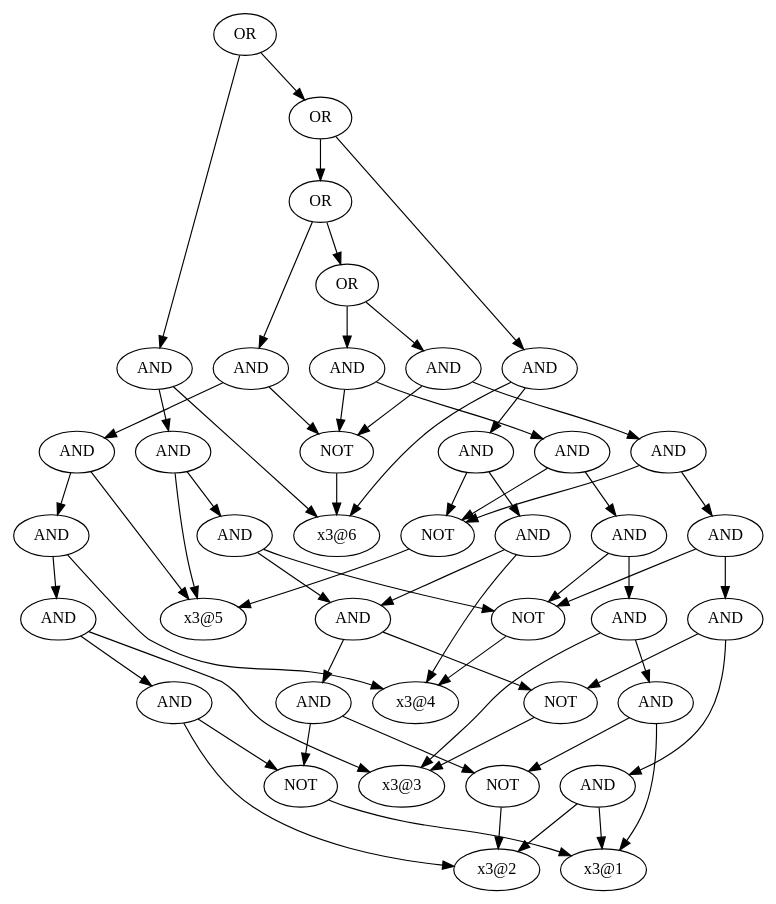
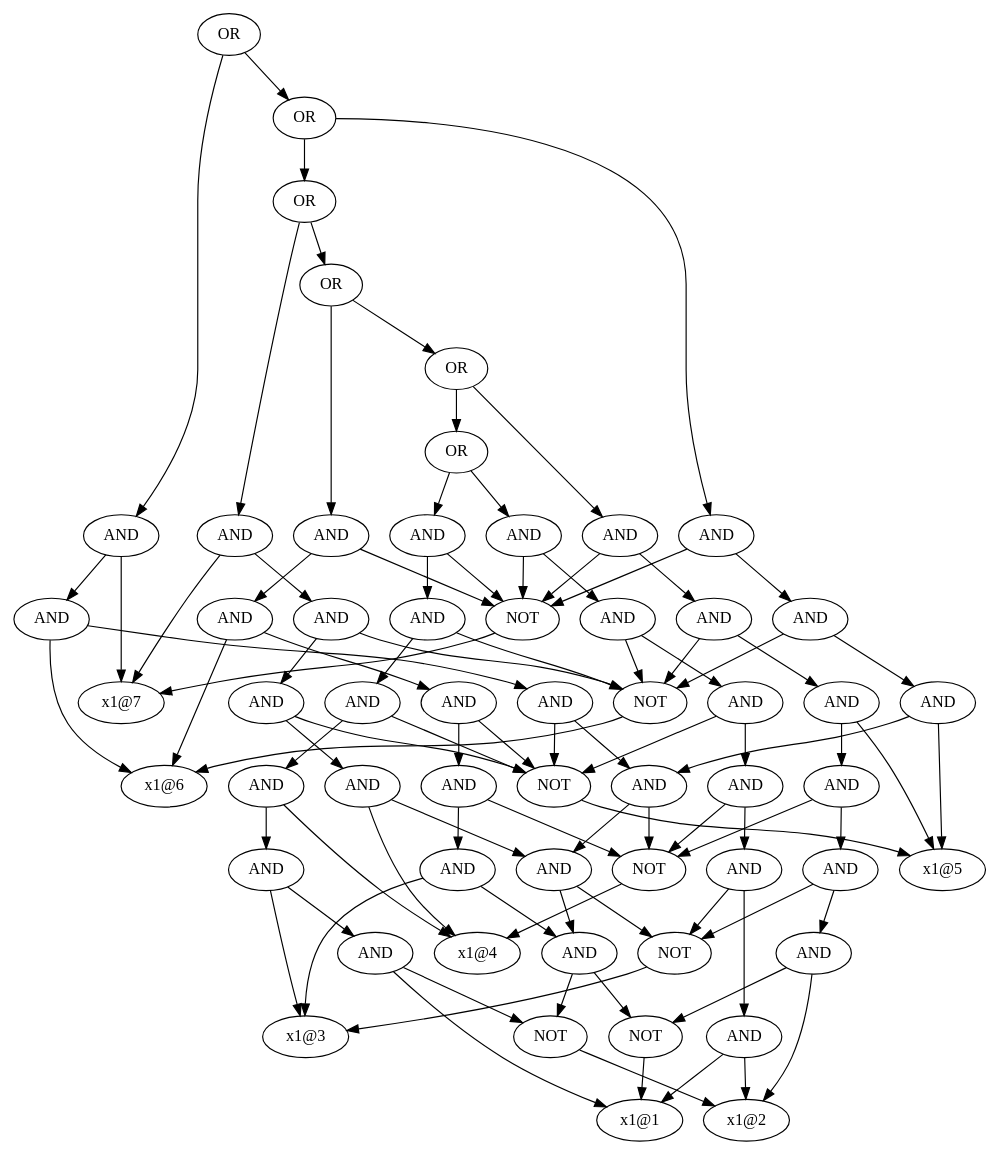
One commit to toda-lab/pygplib changed the diagram in data/t1.dot. Above: the diagram before and after it, drawn with Graphviz. The commit also changed 110 other files, not shown here.

```diff
--- a/data/t1.dot
+++ b/data/t1.dot
@@ -1,101 +1,149 @@
 digraph output {
-	139843788863760 [label = OR]
-	139843788863664 [label = OR]
-	139843788863568 [label = OR]
-	139843788991744 [label = OR]
-	139843788992464 [label = AND]
-	139843788992416 [label = AND]
-	139843788992320 [label = AND]
-	139843788992224 [label = AND]
-	139843788992128 [label = AND]
-	139843789377744 [label = "x3@1"]
-	139843789377792 [label = "x3@2"]
-	139843788992128 -> 139843789377744
-	139843788992128 -> 139843789377792
-	139843788991792 [label = NOT]
-	139843789377936 [label = "x3@3"]
-	139843788991792 -> 139843789377936
-	139843788992224 -> 139843788992128
-	139843788992224 -> 139843788991792
-	139843788991600 [label = NOT]
-	139843789378080 [label = "x3@4"]
-	139843788991600 -> 139843789378080
-	139843788992320 -> 139843788992224
-	139843788992320 -> 139843788991600
-	139843788991504 [label = NOT]
-	139843789378224 [label = "x3@5"]
-	139843788991504 -> 139843789378224
-	139843788992416 -> 139843788992320
-	139843788992416 -> 139843788991504
-	139843788991360 [label = NOT]
-	139843789378368 [label = "x3@6"]
-	139843788991360 -> 139843789378368
-	139843788992464 -> 139843788992416
-	139843788992464 -> 139843788991360
-	139843788862080 [label = AND]
-	139843788861984 [label = AND]
-	139843788861888 [label = AND]
-	139843788861792 [label = AND]
-	139843788861600 [label = AND]
-	139843788861648 [label = NOT]
-	139843788861648 -> 139843789377792
-	139843788861600 -> 139843789377744
-	139843788861600 -> 139843788861648
-	139843788861792 -> 139843788861600
-	139843788861792 -> 139843789377936
-	139843788861888 -> 139843788861792
-	139843788861888 -> 139843788991600
-	139843788861984 -> 139843788861888
-	139843788861984 -> 139843788991504
-	139843788862080 -> 139843788861984
-	139843788862080 -> 139843788991360
-	139843788991744 -> 139843788992464
-	139843788991744 -> 139843788862080
-	139843788862656 [label = AND]
-	139843788862560 [label = AND]
-	139843788862464 [label = AND]
-	139843788862368 [label = AND]
-	139843788862272 [label = AND]
-	139843788862128 [label = NOT]
-	139843788862128 -> 139843789377744
-	139843788862272 -> 139843788862128
-	139843788862272 -> 139843789377792
-	139843788862368 -> 139843788862272
-	139843788862368 -> 139843789377936
-	139843788862464 -> 139843788862368
-	139843788862464 -> 139843789378080
-	139843788862560 -> 139843788862464
-	139843788862560 -> 139843789378224
-	139843788862656 -> 139843788862560
-	139843788862656 -> 139843788991360
-	139843788863568 -> 139843788991744
-	139843788863568 -> 139843788862656
-	139843788863136 [label = AND]
-	139843788863040 [label = AND]
-	139843788862944 [label = AND]
-	139843788862848 [label = AND]
-	139843788862800 [label = AND]
-	139843788862800 -> 139843788862128
-	139843788862800 -> 139843788861648
-	139843788862848 -> 139843788862800
-	139843788862848 -> 139843788991792
-	139843788862944 -> 139843788862848
-	139843788862944 -> 139843789378080
-	139843788863040 -> 139843788862944
-	139843788863040 -> 139843788991504
-	139843788863136 -> 139843788863040
-	139843788863136 -> 139843789378368
-	139843788863664 -> 139843788863568
-	139843788863664 -> 139843788863136
-	139843788863424 [label = AND]
-	139843788863328 [label = AND]
-	139843788863280 [label = AND]
-	139843788863280 -> 139843788862848
-	139843788863280 -> 139843788991600
-	139843788863328 -> 139843788863280
-	139843788863328 -> 139843789378224
-	139843788863424 -> 139843788863328
-	139843788863424 -> 139843789378368
-	139843788863760 -> 139843788863664
-	139843788863760 -> 139843788863424
+	139868202907296 [label = OR]
+	139868202907200 [label = OR]
+	139868202907104 [label = OR]
+	139868202907008 [label = OR]
+	139868202906912 [label = OR]
+	139868202895200 [label = OR]
+	139868202893904 [label = AND]
+	139868202894000 [label = AND]
+	139868202894192 [label = AND]
+	139868202894288 [label = AND]
+	139868202894384 [label = AND]
+	139868202894480 [label = AND]
+	139868204324848 [label = "x1@1"]
+	139868203604960 [label = "x1@2"]
+	139868202894480 -> 139868204324848
+	139868202894480 -> 139868203604960
+	139868202895008 [label = NOT]
+	139868203603712 [label = "x1@3"]
+	139868202895008 -> 139868203603712
+	139868202894384 -> 139868202894480
+	139868202894384 -> 139868202895008
+	139868202895104 [label = NOT]
+	139868203605632 [label = "x1@4"]
+	139868202895104 -> 139868203605632
+	139868202894288 -> 139868202894384
+	139868202894288 -> 139868202895104
+	139868202894864 [label = NOT]
+	139868203602944 [label = "x1@5"]
+	139868202894864 -> 139868203602944
+	139868202894192 -> 139868202894288
+	139868202894192 -> 139868202894864
+	139868202894768 [label = NOT]
+	139868203603808 [label = "x1@6"]
+	139868202894768 -> 139868203603808
+	139868202894000 -> 139868202894192
+	139868202894000 -> 139868202894768
+	139868202894672 [label = NOT]
+	139868203603952 [label = "x1@7"]
+	139868202894672 -> 139868203603952
+	139868202893904 -> 139868202894000
+	139868202893904 -> 139868202894672
+	139868202896112 [label = AND]
+	139868202896016 [label = AND]
+	139868202895920 [label = AND]
+	139868202895824 [label = AND]
+	139868202895728 [label = AND]
+	139868202895680 [label = AND]
+	139868202895584 [label = NOT]
+	139868202895584 -> 139868203604960
+	139868202895680 -> 139868204324848
+	139868202895680 -> 139868202895584
+	139868202895728 -> 139868202895680
+	139868202895728 -> 139868203603712
+	139868202895824 -> 139868202895728
+	139868202895824 -> 139868203605632
+	139868202895920 -> 139868202895824
+	139868202895920 -> 139868202894864
+	139868202896016 -> 139868202895920
+	139868202896016 -> 139868202894768
+	139868202896112 -> 139868202896016
+	139868202896112 -> 139868202894672
+	139868202895200 -> 139868202893904
+	139868202895200 -> 139868202896112
+	139868202896784 [label = AND]
+	139868202896688 [label = AND]
+	139868202896592 [label = AND]
+	139868202896496 [label = AND]
+	139868202896400 [label = AND]
+	139868202896208 [label = AND]
+	139868202896256 [label = NOT]
+	139868202896256 -> 139868204324848
+	139868202896208 -> 139868202896256
+	139868202896208 -> 139868203604960
+	139868202896400 -> 139868202896208
+	139868202896400 -> 139868202895008
+	139868202896496 -> 139868202896400
+	139868202896496 -> 139868202895104
+	139868202896592 -> 139868202896496
+	139868202896592 -> 139868203602944
+	139868202896688 -> 139868202896592
+	139868202896688 -> 139868202894768
+	139868202896784 -> 139868202896688
+	139868202896784 -> 139868202894672
+	139868202906912 -> 139868202895200
+	139868202906912 -> 139868202896784
+	139868202897360 [label = AND]
+	139868202897264 [label = AND]
+	139868202897168 [label = AND]
+	139868202897072 [label = AND]
+	139868202896880 [label = AND]
+	139868202896832 [label = AND]
+	139868202896832 -> 139868202896256
+	139868202896832 -> 139868202895584
+	139868202896880 -> 139868202896832
+	139868202896880 -> 139868203603712
+	139868202897072 -> 139868202896880
+	139868202897072 -> 139868202895104
+	139868202897168 -> 139868202897072
+	139868202897168 -> 139868202894864
+	139868202897264 -> 139868202897168
+	139868202897264 -> 139868203603808
+	139868202897360 -> 139868202897264
+	139868202897360 -> 139868202894672
+	139868202907008 -> 139868202906912
+	139868202907008 -> 139868202897360
+	139868202906096 [label = AND]
+	139868202906000 [label = AND]
+	139868202905904 [label = AND]
+	139868202905712 [label = AND]
+	139868202905664 [label = AND]
+	139868202905664 -> 139868202896832
+	139868202905664 -> 139868202895008
+	139868202905712 -> 139868202905664
+	139868202905712 -> 139868203605632
+	139868202905904 -> 139868202905712
+	139868202905904 -> 139868202894864
+	139868202906000 -> 139868202905904
+	139868202906000 -> 139868202894768
+	139868202906096 -> 139868202906000
+	139868202906096 -> 139868203603952
+	139868202907104 -> 139868202907008
+	139868202907104 -> 139868202906096
+	139868202906480 [label = AND]
+	139868202906384 [label = AND]
+	139868202906192 [label = AND]
+	139868202906240 [label = AND]
+	139868202906240 -> 139868202905664
+	139868202906240 -> 139868202895104
+	139868202906192 -> 139868202906240
+	139868202906192 -> 139868203602944
+	139868202906384 -> 139868202906192
+	139868202906384 -> 139868202894768
+	139868202906480 -> 139868202906384
+	139868202906480 -> 139868202894672
+	139868202907200 -> 139868202907104
+	139868202907200 -> 139868202906480
+	139868202906768 [label = AND]
+	139868202906576 [label = AND]
+	139868202906528 [label = AND]
+	139868202906528 -> 139868202906240
+	139868202906528 -> 139868202894864
+	139868202906576 -> 139868202906528
+	139868202906576 -> 139868203603808
+	139868202906768 -> 139868202906576
+	139868202906768 -> 139868203603952
+	139868202907296 -> 139868202907200
+	139868202907296 -> 139868202906768
 }
```
